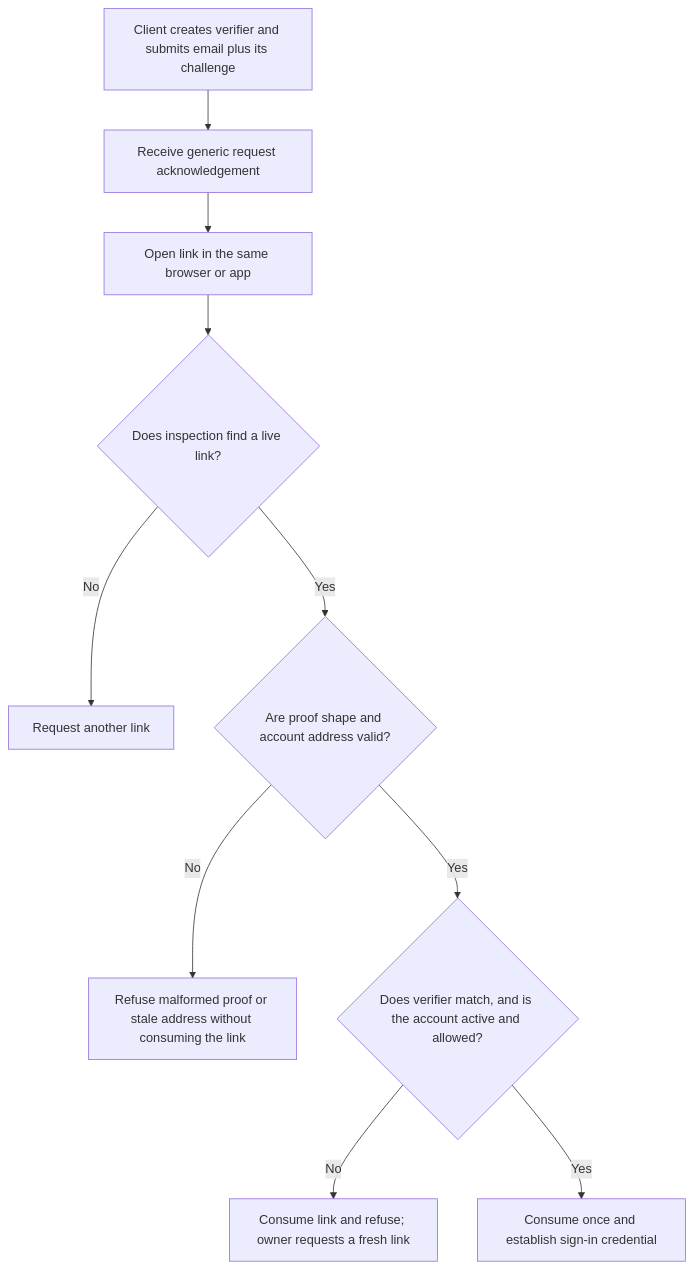
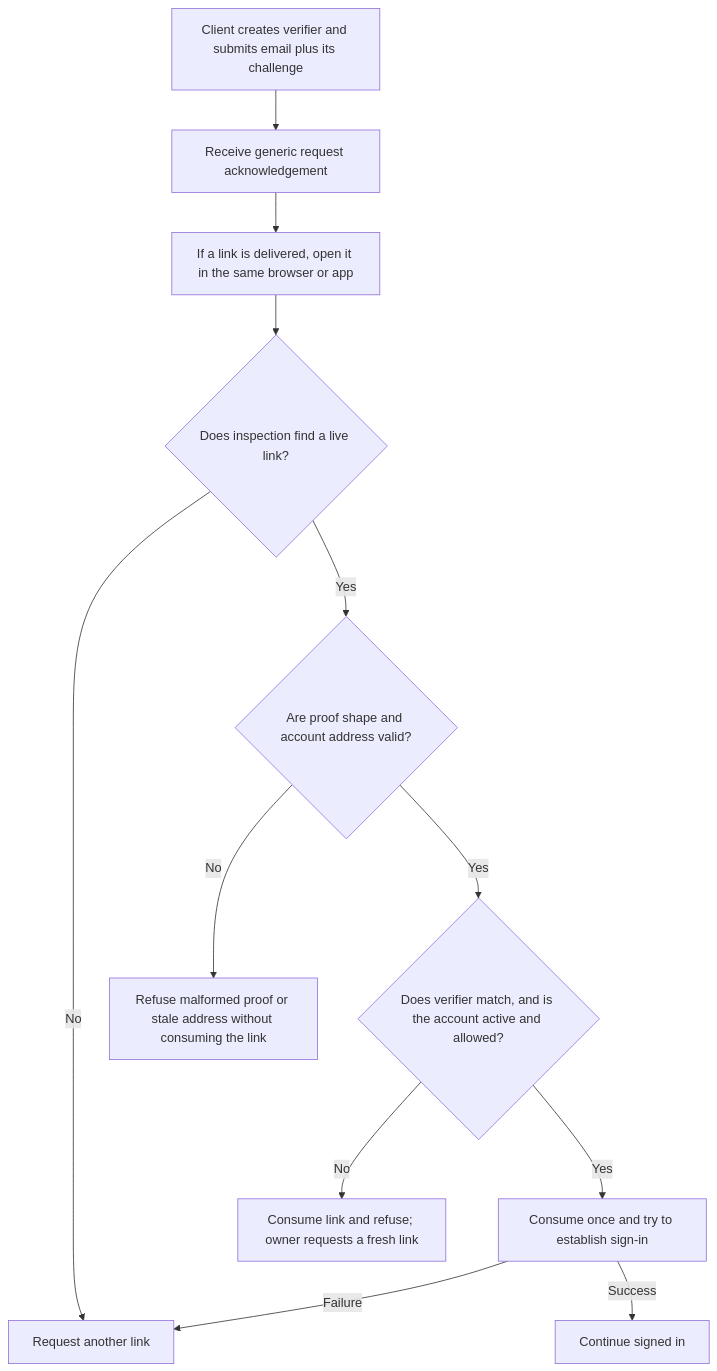
One commit to Kevinjohn/oss-adonisjs-account-kit changed the first of 2 diagrams in user-stories/US-ACCOUNT-13-magic-link.md. Above: the diagram before and after it, drawn with Mermaid. The commit also changed other lines of this file and 70 other files, not shown here.

````diff
--- a/user-stories/US-ACCOUNT-13-magic-link.md
+++ b/user-stories/US-ACCOUNT-13-magic-link.md
@@ -19,12 +20,14 @@
 ```mermaid
 flowchart TD
  A["Client creates verifier and submits email plus its challenge"] --> B["Receive generic request acknowledgement"]
- B --> C["Open link in the same browser or app"]
+ B --> C["If a link is delivered, open it in the same browser or app"]
  C --> D{"Does inspection find a live link?"}
  D -->|No| E["Request another link"]
  D -->|Yes| F{"Are proof shape and account address valid?"}
  F -->|No| G["Refuse malformed proof or stale address without consuming the link"]
  F -->|Yes| H{"Does verifier match, and is the account active and allowed?"}
  H -->|No| I["Consume link and refuse; owner requests a fresh link"]
- H -->|Yes| J["Consume once and establish sign-in credential"]
+ H -->|Yes| J["Consume once and try to establish sign-in"]
+ J -->|Failure| E
+ J -->|Success| OK["Continue signed in"]
 ```
````
